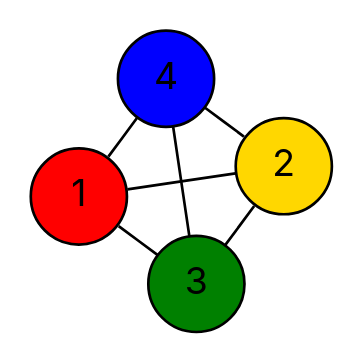
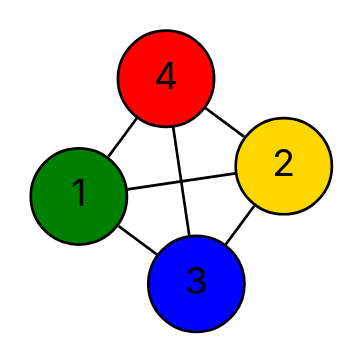
One commit to vercah/vertex-coloring changed the diagram in data/final-dots/easy-04-parallel.dot. Above: the diagram before and after it, drawn with Graphviz. The commit also changed 113 other files, not shown here.

```diff
--- a/data/final-dots/easy-04-parallel.dot
+++ b/data/final-dots/easy-04-parallel.dot
@@ -1,16 +1,16 @@
 graph G {
   layout=neato;
   overlap=false;
   splines=true;
   node [shape=circle, style=filled, fontname=Inter];
-  1 [label="1", fillcolor="red", tooltip="v1 color 0"];
+  1 [label="1", fillcolor="green", tooltip="v1 color 1"];
   2 [label="2", fillcolor="gold", tooltip="v2 color 3"];
-  3 [label="3", fillcolor="green", tooltip="v3 color 1"];
-  4 [label="4", fillcolor="blue", tooltip="v4 color 2"];
+  3 [label="3", fillcolor="blue", tooltip="v3 color 2"];
+  4 [label="4", fillcolor="red", tooltip="v4 color 0"];
   1 -- 2;
   1 -- 3;
   1 -- 4;
   2 -- 3;
   2 -- 4;
   3 -- 4;
 }
```
